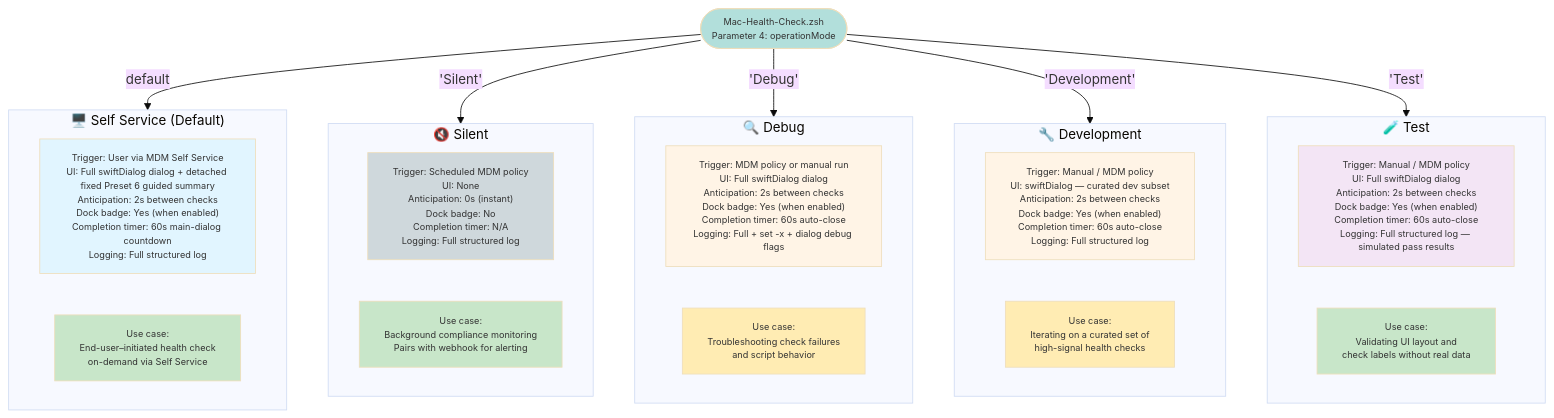
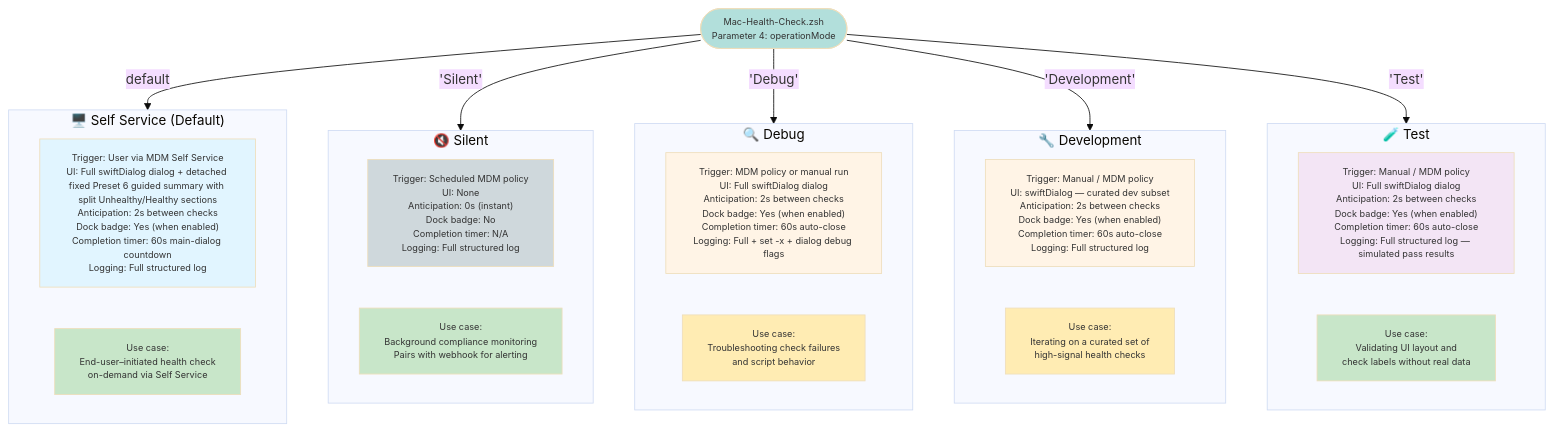
Before and after one commit to HowardGMac/Mac-Health-Check: the diagram in Diagrams/05-operation-modes.md, drawn with Mermaid (base theme). The commit also changed other lines of this file and 9 other files, not shown here.

````diff
--- a/Diagrams/05-operation-modes.md
+++ b/Diagrams/05-operation-modes.md
@@ -5,54 +5,54 @@
 ```mermaid
 graph TB
     ENTRY(["Mac-Health-Check.zsh<br>Parameter 4: operationMode"])
 
     subgraph SelfService["🖥️ Self Service (Default)"]
-        SS_DESC["Trigger: User via MDM Self Service<br>UI: Full swiftDialog dialog + detached fixed Preset 6 guided summary<br>Anticipation: 2s between checks<br>Dock badge: Yes (when enabled)<br>Completion timer: 60s main-dialog countdown<br>Logging: Full structured log"]
+        SS_DESC["Trigger: User via MDM Self Service<br>UI: Full swiftDialog dialog + detached fixed Preset 6 guided summary with split Unhealthy/Healthy sections<br>Anticipation: 2s between checks<br>Dock badge: Yes (when enabled)<br>Completion timer: 60s main-dialog countdown<br>Logging: Full structured log"]
         SS_USE["Use case:<br>End-user–initiated health check<br>on-demand via Self Service"]
 
         style SS_DESC fill:#e1f5ff
         style SS_USE fill:#c8e6c9
     end
 
     subgraph Silent["🔇 Silent"]
         SL_DESC["Trigger: Scheduled MDM policy<br>UI: None<br>Anticipation: 0s (instant)<br>Dock badge: No<br>Completion timer: N/A<br>Logging: Full structured log"]
         SL_USE["Use case:<br>Background compliance monitoring<br>Pairs with webhook for alerting"]
 
         style SL_DESC fill:#cfd8dc
         style SL_USE fill:#c8e6c9
     end
 
     subgraph Debug["🔍 Debug"]
         DB_DESC["Trigger: MDM policy or manual run<br>UI: Full swiftDialog dialog<br>Anticipation: 2s between checks<br>Dock badge: Yes (when enabled)<br>Completion timer: 60s auto-close<br>Logging: Full + set -x + dialog debug flags"]
         DB_USE["Use case:<br>Troubleshooting check failures<br>and script behavior"]
 
         style DB_DESC fill:#fff4e6
         style DB_USE fill:#ffecb3
     end
 
     subgraph Development["🔧 Development"]
         DV_DESC["Trigger: Manual / MDM policy<br>UI: swiftDialog — curated dev subset<br>Anticipation: 2s between checks<br>Dock badge: Yes (when enabled)<br>Completion timer: 60s auto-close<br>Logging: Full structured log"]
         DV_USE["Use case:<br>Iterating on a curated set of<br>high-signal health checks"]
 
         style DV_DESC fill:#fff4e6
         style DV_USE fill:#ffecb3
     end
 
     subgraph Test["🧪 Test"]
         TS_DESC["Trigger: Manual / MDM policy<br>UI: Full swiftDialog dialog<br>Anticipation: 2s between checks<br>Dock badge: Yes (when enabled)<br>Completion timer: 60s auto-close<br>Logging: Full structured log — simulated pass results"]
         TS_USE["Use case:<br>Validating UI layout and<br>check labels without real data"]
 
         style TS_DESC fill:#f3e5f5
         style TS_USE fill:#c8e6c9
     end
 
     ENTRY -->|default| SelfService
     ENTRY -->|"'Silent'"| Silent
     ENTRY -->|"'Debug'"| Debug
     ENTRY -->|"'Development'"| Development
     ENTRY -->|"'Test'"| Test
 
     style ENTRY fill:#b2dfdb
 
     classDef default font-size:11px
 ```
````
